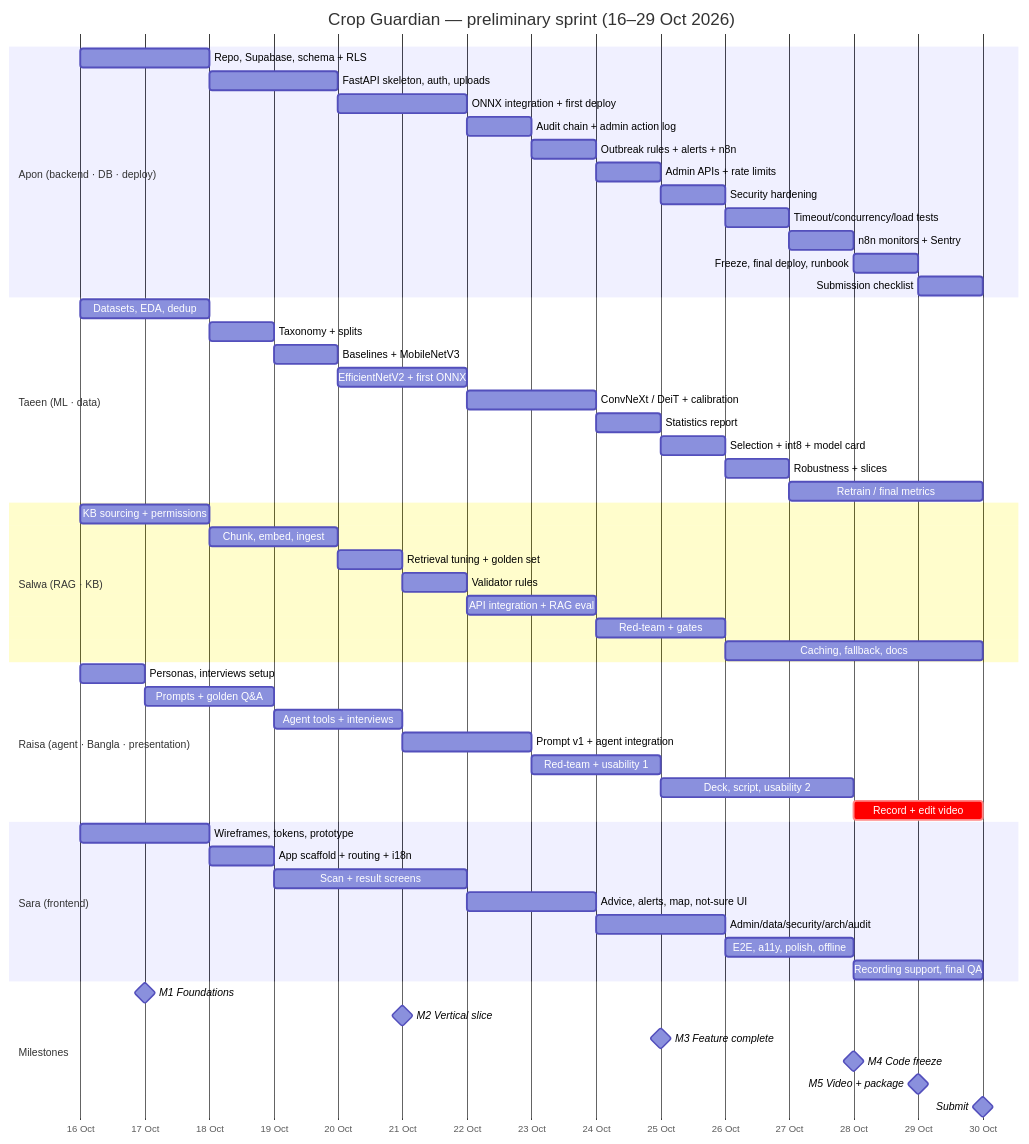
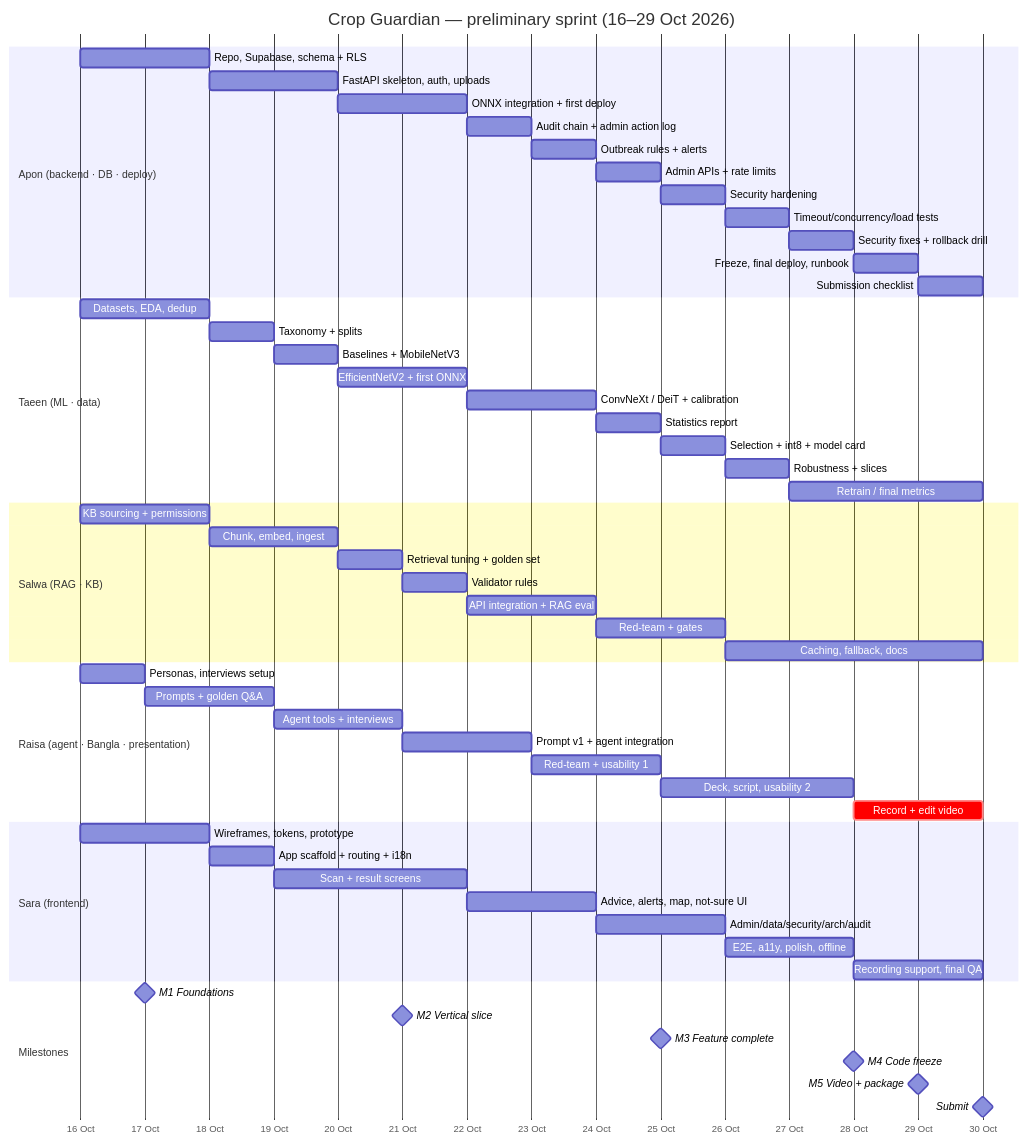
The diagram in cropguardian/docs/plan/gantt.md (muhtasim-apon/Infinity_AI_Buildfest), drawn with Mermaid before and after one commit. The commit also changed other lines of this file and 12 other files, not shown here.

````diff
--- a/cropguardian/docs/plan/gantt.md
+++ b/cropguardian/docs/plan/gantt.md
@@ -41,65 +41,65 @@
 ```mermaid
 gantt
   title Crop Guardian — preliminary sprint (16–29 Oct 2026)
   dateFormat  YYYY-MM-DD
   axisFormat  %d %b
 
   section Apon (backend · DB · deploy)
   Repo, Supabase, schema + RLS        :a1, 2026-10-16, 2d
   FastAPI skeleton, auth, uploads     :a2, 2026-10-18, 2d
   ONNX integration + first deploy     :a3, 2026-10-20, 2d
   Audit chain + admin action log     :a4, 2026-10-22, 1d
-  Outbreak rules + alerts + n8n       :a5, 2026-10-23, 1d
+  Outbreak rules + alerts            :a5, 2026-10-23, 1d
   Admin APIs + rate limits            :a6, 2026-10-24, 1d
   Security hardening                  :a7, 2026-10-25, 1d
   Timeout/concurrency/load tests      :a8, 2026-10-26, 1d
-  n8n monitors + Sentry               :a9, 2026-10-27, 1d
+  Security fixes + rollback drill    :a9, 2026-10-27, 1d
   Freeze, final deploy, runbook       :a10, 2026-10-28, 1d
   Submission checklist                :a11, 2026-10-29, 1d
 
   section Taeen (ML · data)
   Datasets, EDA, dedup                :t1, 2026-10-16, 2d
   Taxonomy + splits                   :t2, 2026-10-18, 1d
   Baselines + MobileNetV3             :t3, 2026-10-19, 1d
   EfficientNetV2 + first ONNX         :t4, 2026-10-20, 2d
   ConvNeXt / DeiT + calibration       :t5, 2026-10-22, 2d
   Statistics report                   :t6, 2026-10-24, 1d
   Selection + int8 + model card       :t7, 2026-10-25, 1d
   Robustness + slices                 :t8, 2026-10-26, 1d
   Retrain / final metrics             :t9, 2026-10-27, 3d
 
   section Salwa (RAG · KB)
   KB sourcing + permissions           :s1, 2026-10-16, 2d
   Chunk, embed, ingest                :s2, 2026-10-18, 2d
   Retrieval tuning + golden set       :s3, 2026-10-20, 1d
   Validator rules                     :s4, 2026-10-21, 1d
   API integration + RAG eval          :s5, 2026-10-22, 2d
   Red-team + gates                    :s6, 2026-10-24, 2d
   Caching, fallback, docs             :s7, 2026-10-26, 4d
 
   section Raisa (agent · Bangla · presentation)
   Personas, interviews setup          :r1, 2026-10-16, 1d
   Prompts + golden Q&A                :r2, 2026-10-17, 2d
   Agent tools + interviews            :r3, 2026-10-19, 2d
   Prompt v1 + agent integration       :r4, 2026-10-21, 2d
   Red-team + usability 1              :r5, 2026-10-23, 2d
   Deck, script, usability 2           :r6, 2026-10-25, 3d
   Record + edit video                 :crit, r7, 2026-10-28, 2d
 
   section Sara (frontend)
   Wireframes, tokens, prototype       :f1, 2026-10-16, 2d
   App scaffold + routing + i18n       :f2, 2026-10-18, 1d
   Scan + result screens               :f3, 2026-10-19, 3d
   Advice, alerts, map, not-sure UI   :f4, 2026-10-22, 2d
   Admin/data/security/arch/audit      :f5, 2026-10-24, 2d
   E2E, a11y, polish, offline          :f6, 2026-10-26, 2d
   Recording support, final QA         :f7, 2026-10-28, 2d
 
   section Milestones
   M1 Foundations                      :milestone, m1, 2026-10-17, 0d
   M2 Vertical slice                   :milestone, m2, 2026-10-21, 0d
   M3 Feature complete                 :milestone, m3, 2026-10-25, 0d
   M4 Code freeze                      :milestone, m4, 2026-10-28, 0d
   M5 Video + package                  :milestone, m5, 2026-10-29, 0d
   Submit                              :milestone, sub, 2026-10-30, 0d
 ```
````
